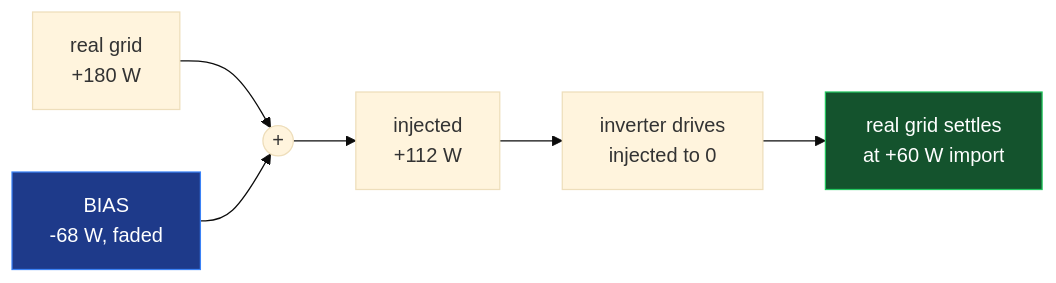
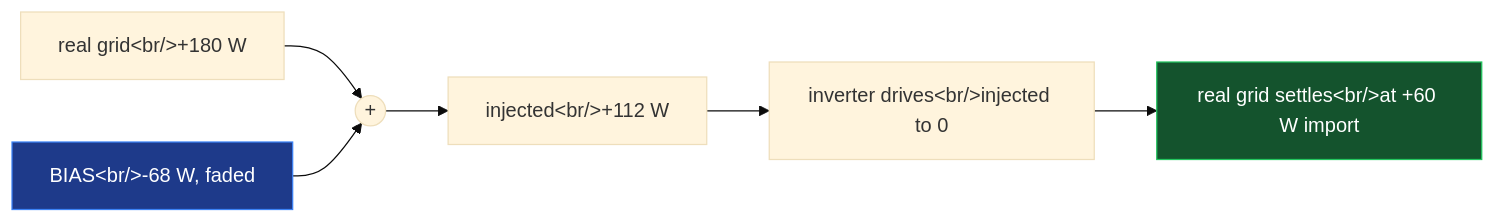
Before and after one commit to phoinixgrr/mastori: the ninth of 17 diagrams in content/posts/ecoflow-zero-export-ble-meter-injection/index.md, drawn with Mermaid (base theme). The commit also changed other lines of this file, not shown here.

First line of the commit message:
Escape <br/> and <<enumeration>> inside mermaid blocks

```diff
--- a/content/posts/ecoflow-zero-export-ble-meter-injection/index.md
+++ b/content/posts/ecoflow-zero-export-ble-meter-injection/index.md
@@ -319,11 +319,11 @@
 {{< mermaid >}}
 flowchart LR
-    T["real grid<br/>+180 W"] --> A(("+"))
-    B["BIAS<br/>-68 W, faded"] --> A
-    A --> I["injected<br/>+112 W"]
-    I --> R["inverter drives<br/>injected to 0"]
-    R --> S["real grid settles<br/>at +60 W import"]
+    T["real grid&lt;br/&gt;+180 W"] --> A(("+"))
+    B["BIAS&lt;br/&gt;-68 W, faded"] --> A
+    A --> I["injected&lt;br/&gt;+112 W"]
+    I --> R["inverter drives&lt;br/&gt;injected to 0"]
+    R --> S["real grid settles&lt;br/&gt;at +60 W import"]
 
     style B fill:#1e3a8a,stroke:#3b82f6,color:#fff
     style S fill:#14532d,stroke:#22c55e,color:#fff
 {{< /mermaid >}}
```
